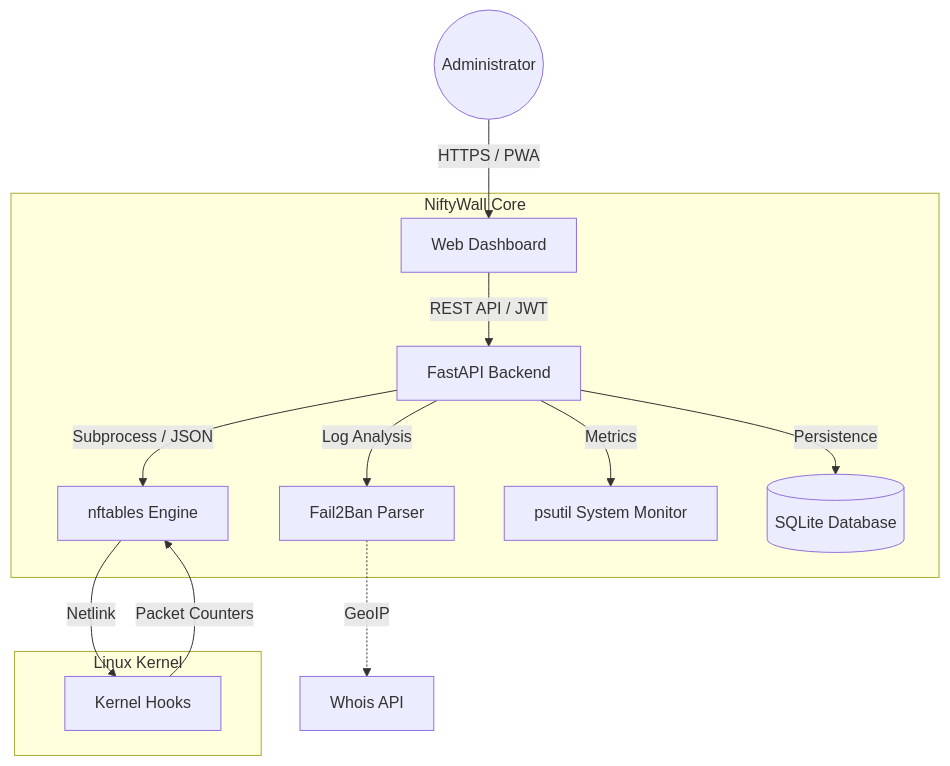
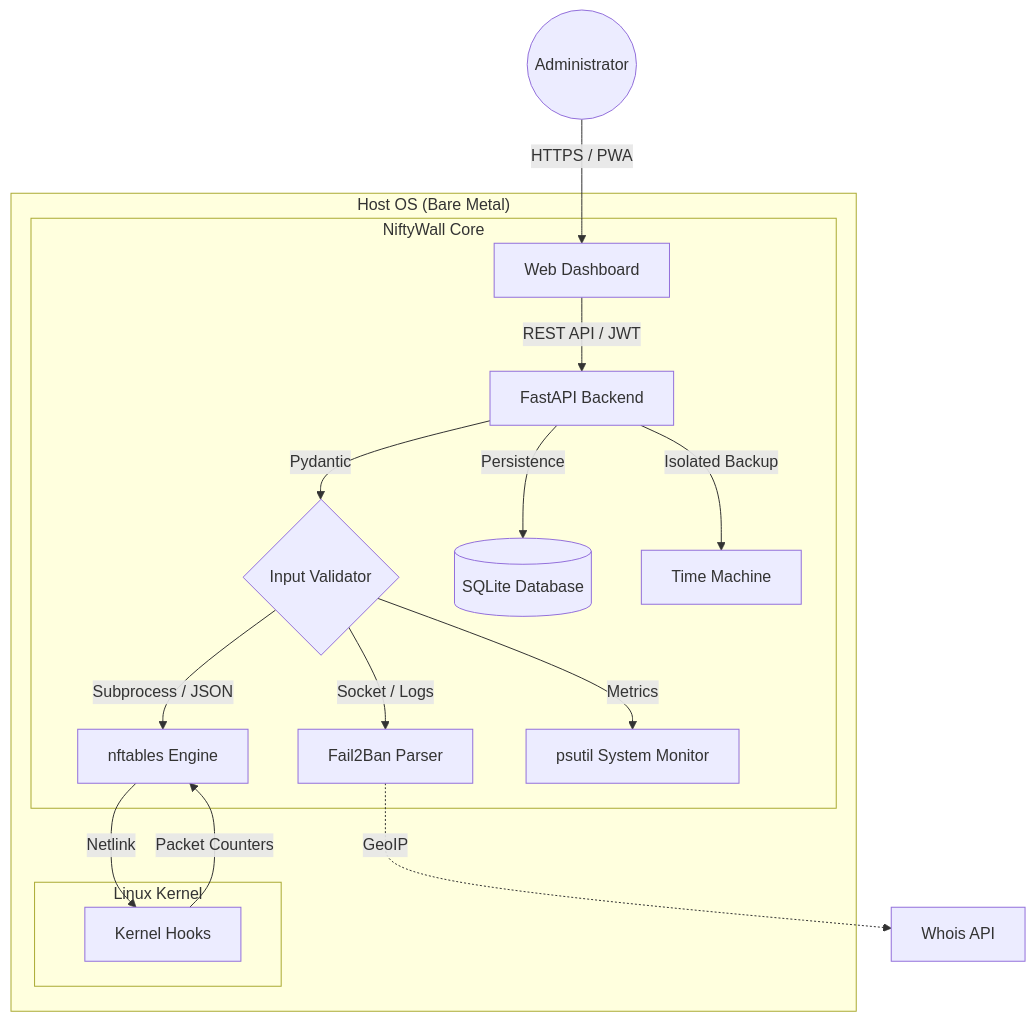
One commit to weby-homelab/niftywall changed the diagram in README_ENG.md. Above: the diagram before and after it, drawn with Mermaid. The commit also changed 1 other file, not shown here.

Commit message:
docs: update mermaid architecture schema for bare metal environment

````diff
--- a/README_ENG.md
+++ b/README_ENG.md
@@ -29,19 +29,23 @@
 ```mermaid
 graph TD
     User((Administrator)) -->|HTTPS / PWA| UI[Web Dashboard]
-    
-    subgraph "NiftyWall Core"
-        UI -->|REST API / JWT| API[FastAPI Backend]
-        API -->|Subprocess / JSON| NFT[nftables Engine]
-        API -->|Log Analysis| F2B[Fail2Ban Parser]
-        API -->|Metrics| SYS[psutil System Monitor]
-        API -->|Persistence| DB[(SQLite Database)]
-    end
 
-    subgraph "Linux Kernel"
-        NFT -->|Netlink| Netfilter[Kernel Hooks]
-        Netfilter -->|Packet Counters| NFT
+    subgraph "Host OS (Bare Metal)"
+        subgraph "NiftyWall Core"
+            UI -->|REST API / JWT| API[FastAPI Backend]
+            API -->|Pydantic| VAL{Input Validator}
+            VAL -->|Subprocess / JSON| NFT[nftables Engine]
+            VAL -->|Socket / Logs| F2B[Fail2Ban Parser]
+            VAL -->|Metrics| SYS[psutil System Monitor]
+            API -->|Persistence| DB[(SQLite Database)]
+            API -->|Isolated Backup| TM[Time Machine]
+        end
+
+        subgraph "Linux Kernel"
+            NFT -->|Netlink| Netfilter[Kernel Hooks]
+            Netfilter -->|Packet Counters| NFT
+        end
     end
 
     F2B -.->|GeoIP| WHO[Whois API]
 ```
````
